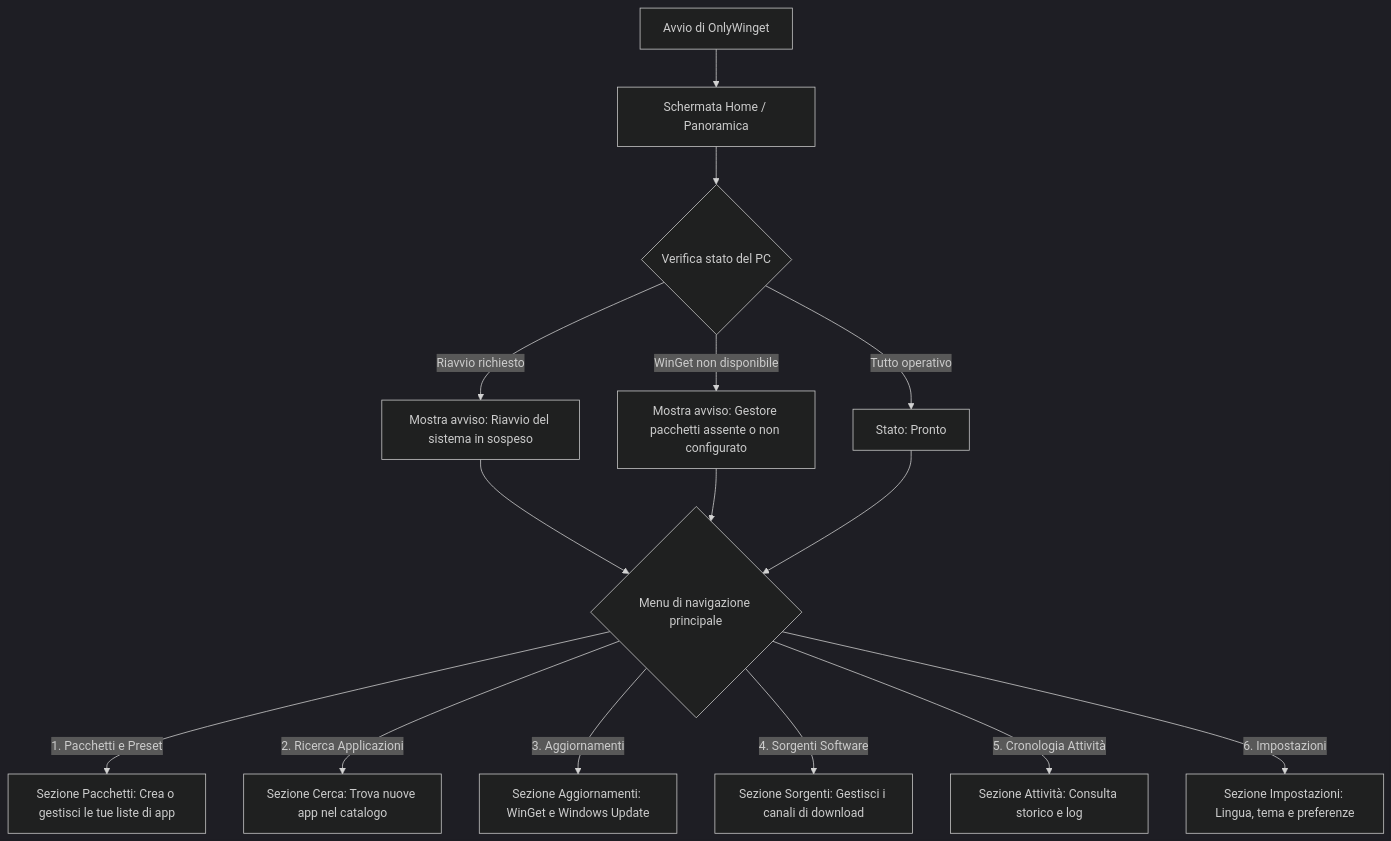
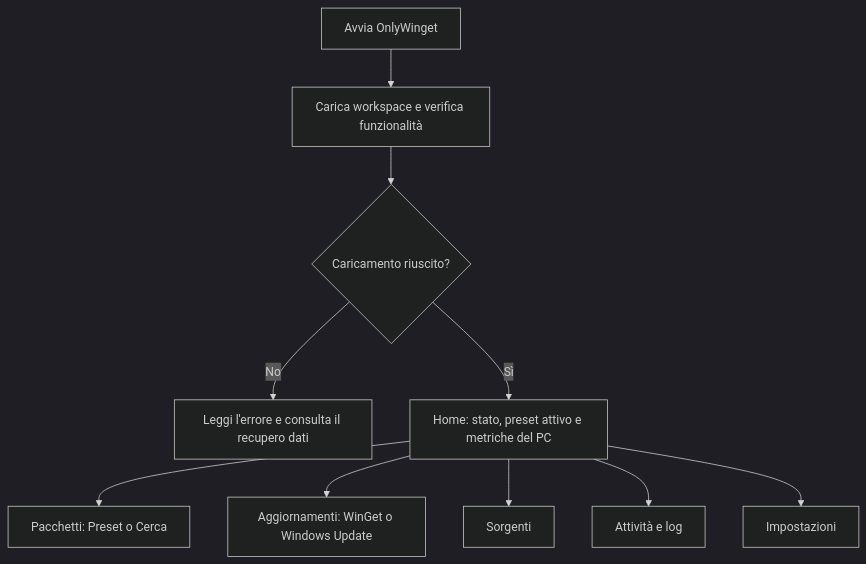
One commit to dennidalpos/OnlyWinget changed the first of 7 diagrams in docs/user-guide.md. Above: the diagram before and after it, drawn with Mermaid (dark theme). The commit also changed other lines of this file and 13 other files, not shown here.

````diff
--- a/docs/user-guide.md
+++ b/docs/user-guide.md
@@ -24,19 +11,12 @@
 ```mermaid
 flowchart TD
-    Start["Avvio di OnlyWinget"] --> Home["Schermata Home / Panoramica"]
-    Home --> HealthCheck{"Verifica stato del PC"}
-    HealthCheck -->|"Riavvio richiesto"| AlertReboot["Mostra avviso: Riavvio del sistema in sospeso"]
-    HealthCheck -->|"WinGet non disponibile"| AlertWinget["Mostra avviso: Gestore pacchetti assente o non configurato"]
-    HealthCheck -->|"Tutto operativo"| StatusReady["Stato: Pronto"]
-    
-    AlertReboot --> Navigation{"Menu di navigazione principale"}
-    AlertWinget --> Navigation
-    StatusReady --> Navigation
-    
-    Navigation -->|"1. Pacchetti e Preset"| NavPackages["Sezione Pacchetti: Crea o gestisci le tue liste di app"]
-    Navigation -->|"2. Ricerca Applicazioni"| NavSearch["Sezione Cerca: Trova nuove app nel catalogo"]
-    Navigation -->|"3. Aggiornamenti"| NavUpdates["Sezione Aggiornamenti: WinGet e Windows Update"]
-    Navigation -->|"4. Sorgenti Software"| NavSources["Sezione Sorgenti: Gestisci i canali di download"]
-    Navigation -->|"5. Cronologia Attività"| NavActivity["Sezione Attività: Consulta storico e log"]
-    Navigation -->|"6. Impostazioni"| NavSettings["Sezione Impostazioni: Lingua, tema e preferenze"]
+    Start["Avvia OnlyWinget"] --> Load["Carica workspace e verifica funzionalità"]
+    Load --> Ready{"Caricamento riuscito?"}
+    Ready -->|"No"| Error["Leggi l'errore e consulta il recupero dati"]
+    Ready -->|"Sì"| Home["Home: stato, preset attivo e metriche del PC"]
+    Home --> Packages["Pacchetti: Preset o Cerca"]
+    Home --> Updates["Aggiornamenti: WinGet o Windows Update"]
+    Home --> Sources["Sorgenti"]
+    Home --> Activity["Attività e log"]
+    Home --> Settings["Impostazioni"]
 ```
````
